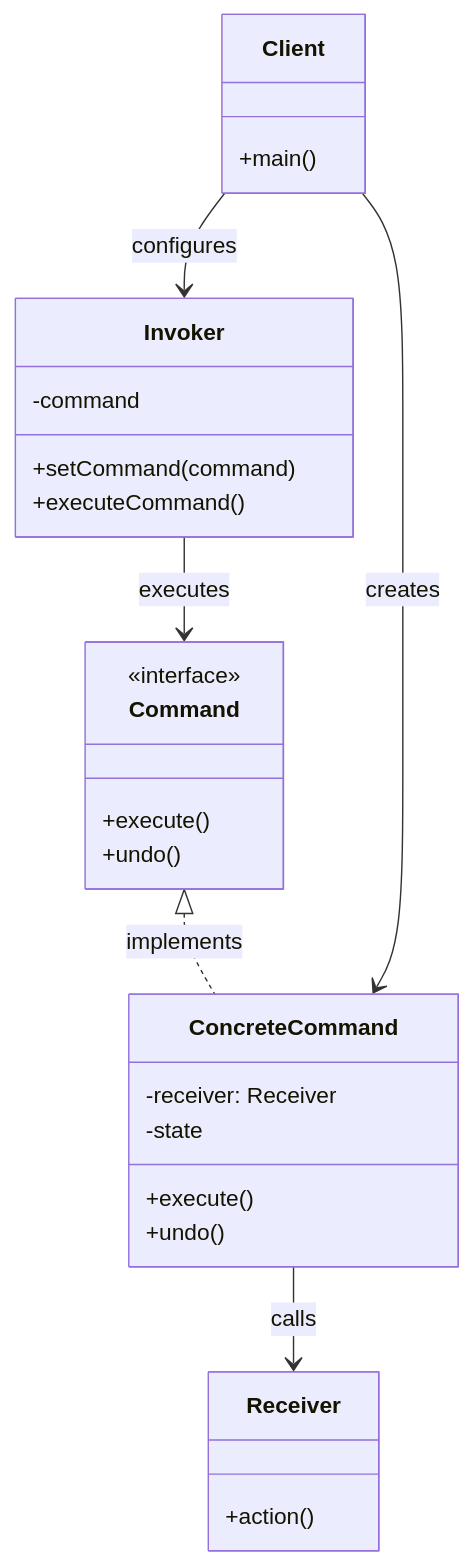
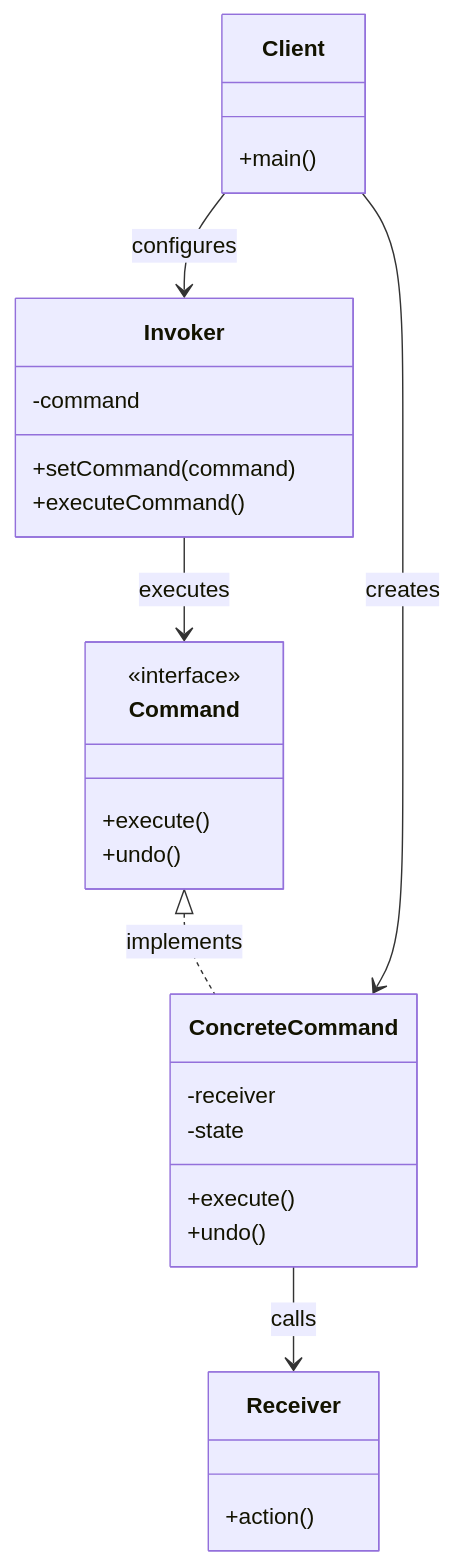
One commit to fanly/DesignPattern changed the first of 3 diagrams in resources/design-patterns/laravel/behavioral/command_en.md. Above: the diagram before and after it, drawn with Mermaid. The commit also changed 17 other files, not shown here.

````diff
--- a/resources/design-patterns/laravel/behavioral/command_en.md
+++ b/resources/design-patterns/laravel/behavioral/command_en.md
@@ -11,35 +11,35 @@
 ```mermaid
 classDiagram
     class Command {
         <<interface>>
         +execute()
         +undo()
     }
     
     class ConcreteCommand {
-        -receiver: Receiver
+        -receiver
         -state
         +execute()
         +undo()
     }
     
     class Receiver {
         +action()
     }
     
     class Invoker {
         -command
         +setCommand(command)
         +executeCommand()
     }
     
     class Client {
         +main()
     }
     
     Command <|.. ConcreteCommand : implements
     ConcreteCommand --> Receiver : calls
     Invoker --> Command : executes
     Client --> ConcreteCommand : creates
     Client --> Invoker : configures
 ```
````
